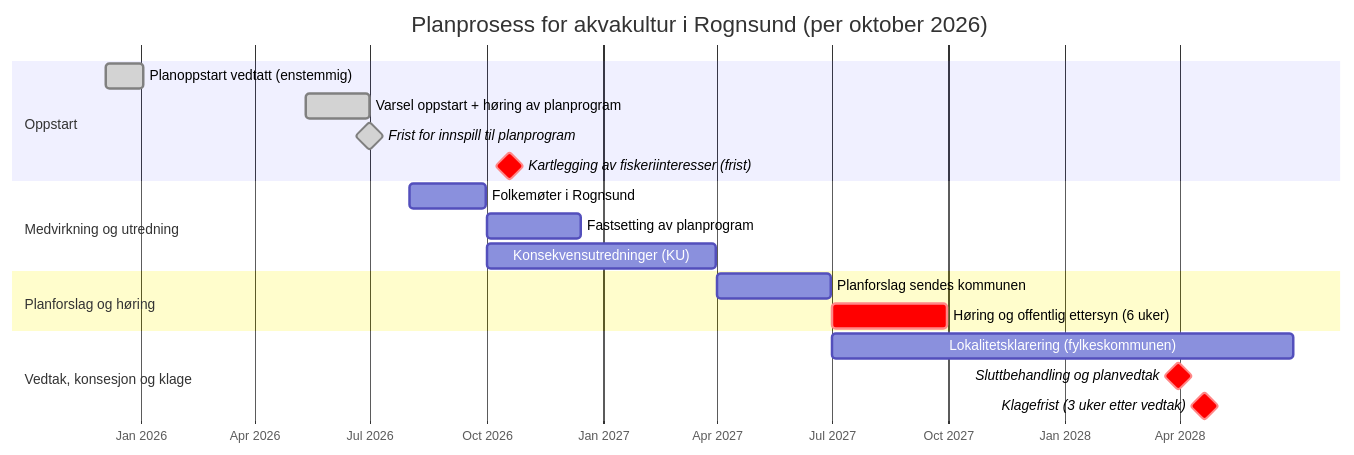
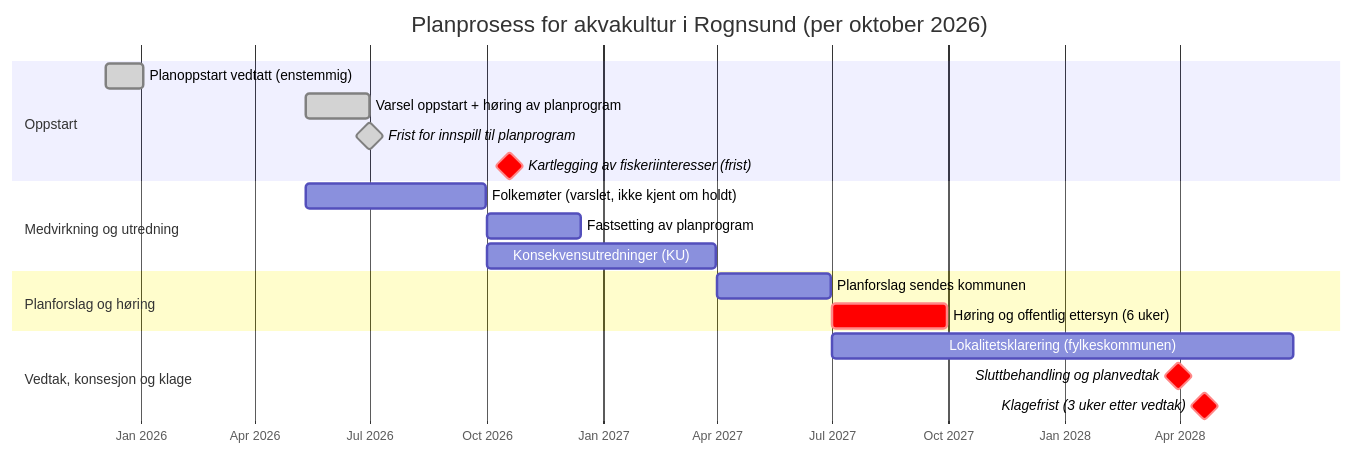
One commit to egkristi/Rognsund_Oppdrett changed the diagram in Salmar_2026/PLAN-SAMMENSTILLING.md. Above: the diagram before and after it, drawn with Mermaid. The commit also changed other lines of this file and 4 other files, not shown here.

````diff
--- a/Salmar_2026/PLAN-SAMMENSTILLING.md
+++ b/Salmar_2026/PLAN-SAMMENSTILLING.md
@@ -609,22 +613,22 @@
 ```mermaid
 gantt
     title Planprosess for akvakultur i Rognsund (per oktober 2026)
     dateFormat YYYY-MM-DD
     axisFormat %b %Y
     section Oppstart
     Planoppstart vedtatt (enstemmig)         :done,    t1, 2025-12-04, 30d
     Varsel oppstart + høring av planprogram   :done,    t2, 2026-05-11, 2026-07-01
     Frist for innspill til planprogram        :done, milestone, t3, 2026-07-01, 0d
     Kartlegging av fiskeriinteresser (frist)  :crit, milestone, t3b, 2026-10-19, 0d
     section Medvirkning og utredning
-    Folkemøter i Rognsund                     :         t4, 2026-08-01, 2026-09-30
+    Folkemøter (varslet, ikke kjent om holdt) :         t4, 2026-05-11, 2026-09-30
     Fastsetting av planprogram                :         t5, 2026-10-01, 2026-12-15
     Konsekvensutredninger (KU)                :         t6, 2026-10-01, 2027-03-31
     section Planforslag og høring
     Planforslag sendes kommunen               :         t7, 2027-04-01, 2027-06-30
     Høring og offentlig ettersyn (6 uker)     :crit,    t8, 2027-07-01, 2027-09-30
     section Vedtak, konsesjon og klage
     Lokalitetsklarering (fylkeskommunen)      :         t9, 2027-07-01, 2028-06-30
     Sluttbehandling og planvedtak             :crit, milestone, t10, 2028-03-31, 0d
     Klagefrist (3 uker etter vedtak)          :crit, milestone, t11, 2028-04-21, 0d
 ```
````
